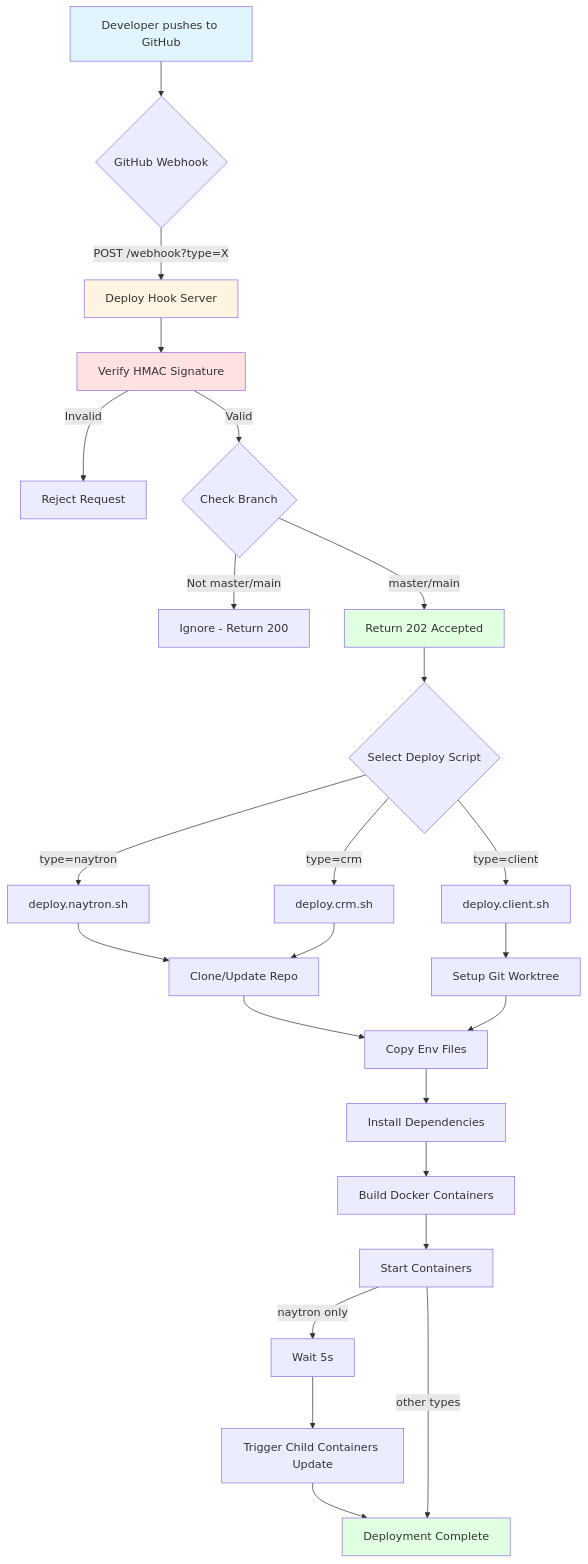
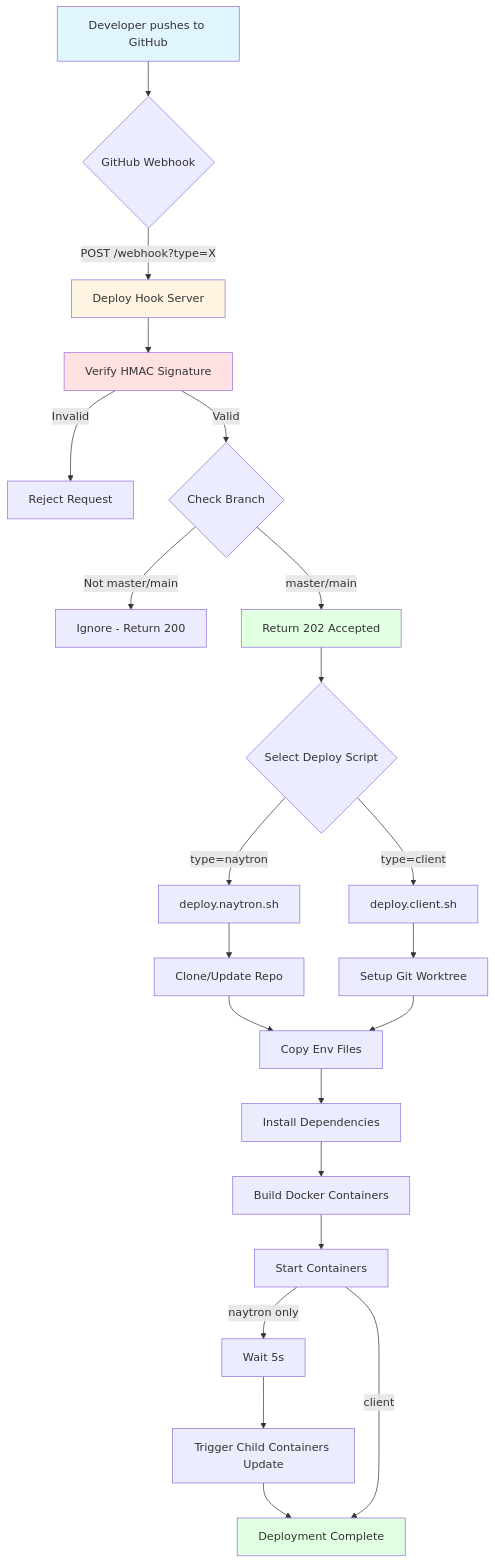
The diagram in README.md (hirurg-lybitel/deploy-hook), drawn with Mermaid before and after one commit. The commit also changed other lines of this file and 2 other files, not shown here.

First line of the commit message:
Remove legacy deploy types and vendor-specific references from docs.

````diff
--- a/README.md
+++ b/README.md
@@ -215,35 +202,33 @@
 ```mermaid
 graph TB
     A[Developer pushes to GitHub] --> B{GitHub Webhook}
     B -->|POST /webhook?type=X| C[Deploy Hook Server]
     C --> D[Verify HMAC Signature]
     D -->|Invalid| E[Reject Request]
     D -->|Valid| F{Check Branch}
     F -->|Not master/main| G[Ignore - Return 200]
     F -->|master/main| H[Return 202 Accepted]
     H --> I{Select Deploy Script}
     I -->|type=naytron| J[deploy.naytron.sh]
     I -->|type=client| L[deploy.client.sh]
-    I -->|type=crm| M[deploy.crm.sh]
     
     J --> O[Clone/Update Repo]
     L --> P[Setup Git Worktree]
-    M --> O
     
     O --> Q[Copy Env Files]
     P --> Q
     Q --> R[Install Dependencies]
     R --> S[Build Docker Containers]
     S --> T[Start Containers]
     
     T -->|naytron only| U[Wait 5s]
     U --> V[Trigger Child Containers Update]
     V --> W[Deployment Complete]
-    T -->|other types| W
+    T -->|client| W
     
     style A fill:#e1f5ff
     style C fill:#fff4e1
     style D fill:#ffe1e1
     style H fill:#e1ffe1
     style W fill:#e1ffe1
 ```
````
